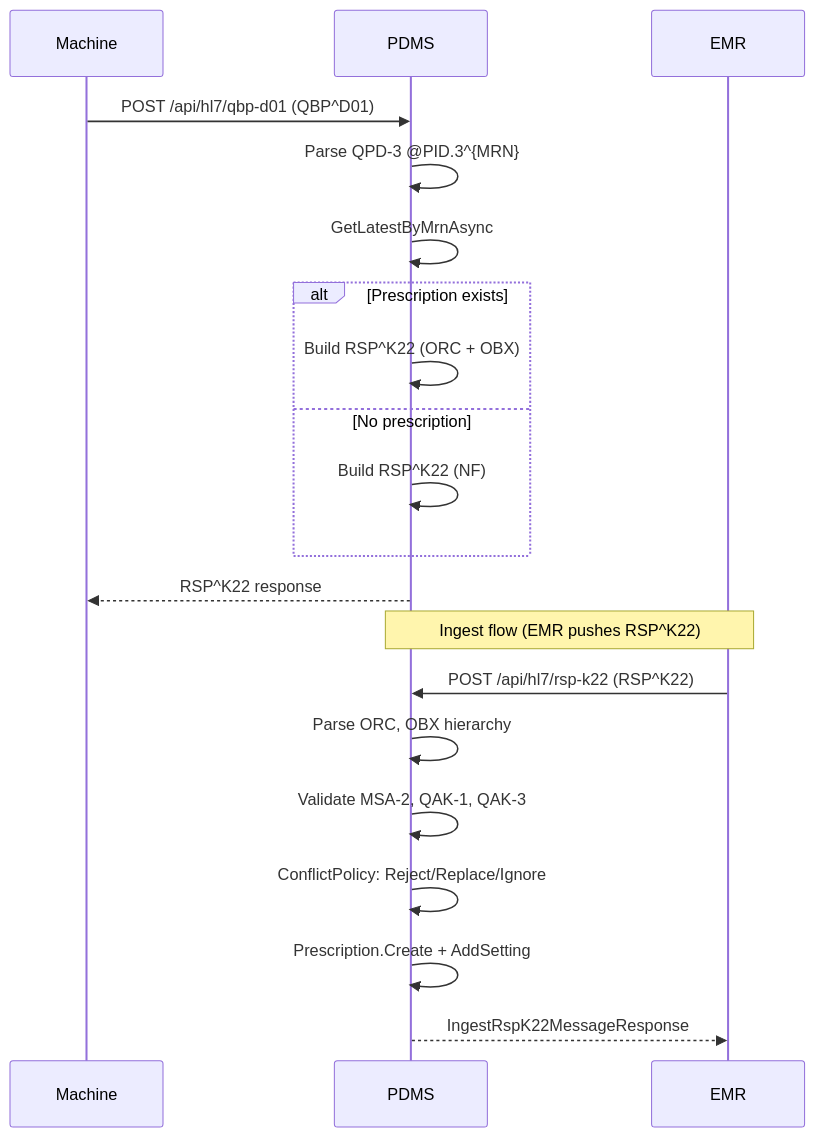
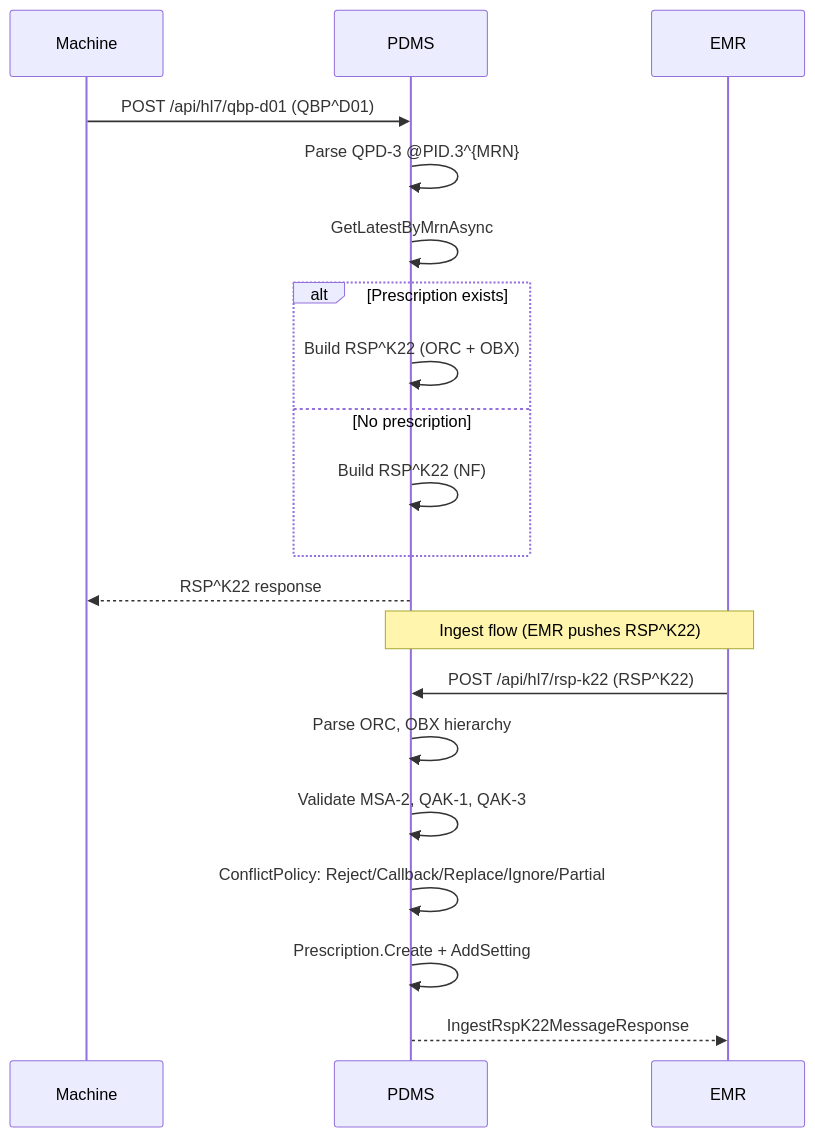
One commit to Ahmed-Shehzad/Dialysis changed the first of 2 diagrams in docs/Dialysis_Machine_HL7_Implementation_Guide/PHASE2_PRESCRIPTION_PLAN.md. Above: the diagram before and after it, drawn with Mermaid. The commit also changed other lines of this file and 59 other files, not shown here.

````diff
--- a/docs/Dialysis_Machine_HL7_Implementation_Guide/PHASE2_PRESCRIPTION_PLAN.md
+++ b/docs/Dialysis_Machine_HL7_Implementation_Guide/PHASE2_PRESCRIPTION_PLAN.md
@@ -10,24 +10,24 @@
 ```mermaid
 sequenceDiagram
     participant Machine
     participant PDMS
     participant EMR
 
     Machine->>PDMS: POST /api/hl7/qbp-d01 (QBP^D01)
     PDMS->>PDMS: Parse QPD-3 @PID.3^{MRN}
     PDMS->>PDMS: GetLatestByMrnAsync
     alt Prescription exists
         PDMS->>PDMS: Build RSP^K22 (ORC + OBX)
     else No prescription
         PDMS->>PDMS: Build RSP^K22 (NF)
     end
     PDMS-->>Machine: RSP^K22 response
 
     Note over EMR,PDMS: Ingest flow (EMR pushes RSP^K22)
     EMR->>PDMS: POST /api/hl7/rsp-k22 (RSP^K22)
     PDMS->>PDMS: Parse ORC, OBX hierarchy
     PDMS->>PDMS: Validate MSA-2, QAK-1, QAK-3
-    PDMS->>PDMS: ConflictPolicy: Reject/Replace/Ignore
+    PDMS->>PDMS: ConflictPolicy: Reject/Callback/Replace/Ignore/Partial
     PDMS->>PDMS: Prescription.Create + AddSetting
     PDMS-->>EMR: IngestRspK22MessageResponse
 ```
````
